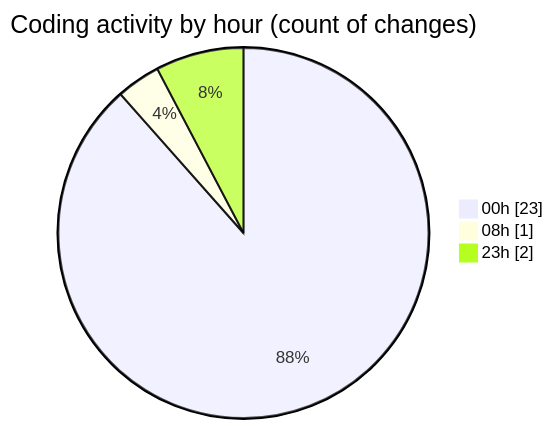
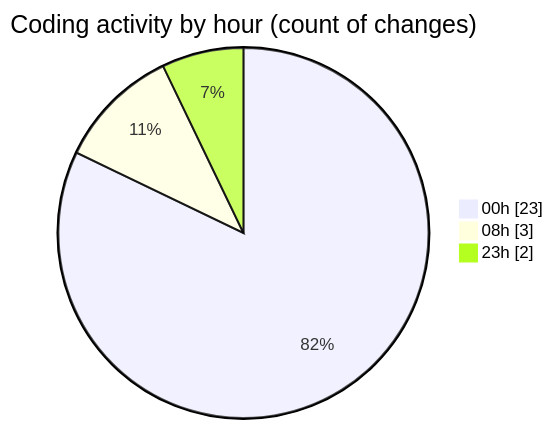
Before and after one commit to Elitesun/code-tracking: the second of 2 diagrams in 2025-05-29/advertise/README.md, drawn with Mermaid. The commit also changed other lines of this file and 1 other file, not shown here.

````diff
--- a/2025-05-29/advertise/README.md
+++ b/2025-05-29/advertise/README.md
@@ -35,7 +35,7 @@
 ```mermaid
 pie showData
 title Coding activity by hour (count of changes)
 "00h" : 23
-"08h" : 1
+"08h" : 3
 "23h" : 2
 ```
````
